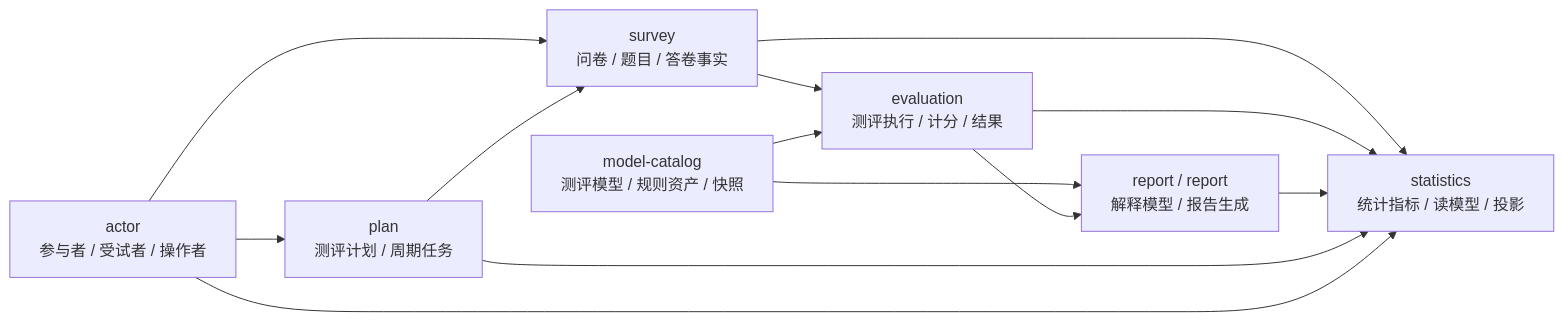
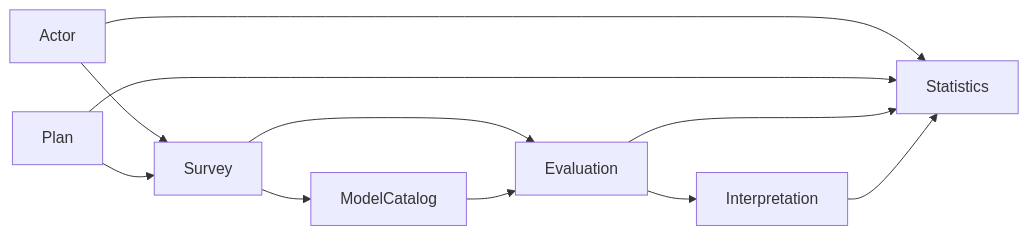
One commit to FangcunMount/qs-server changed the diagram in docs/02-业务模块/00-业务模块总览.md. Above: the diagram before and after it, drawn with Mermaid. The commit also changed other lines of this file and 192 other files, not shown here.

````diff
--- a/docs/02-业务模块/00-业务模块总览.md
+++ b/docs/02-业务模块/00-业务模块总览.md
@@ -25,23 +7,13 @@
 ```mermaid
 flowchart LR
-    Actor["actor\n参与者 / 受试者 / 操作者"]
-    Plan["plan\n测评计划 / 周期任务"]
-    Survey["survey\n问卷 / 题目 / 答卷事实"]
-    AssessmentModel["model-catalog\n测评模型 / 规则资产 / 快照"]
-    Evaluation["evaluation\n测评执行 / 计分 / 结果"]
-    InterpretationModel["report / report\n解释模型 / 报告生成"]
-    Statistics["statistics\n统计指标 / 读模型 / 投影"]
-
-    Actor --> Survey
-    Actor --> Plan
-    Plan --> Survey
-    Survey --> Evaluation
-    AssessmentModel --> Evaluation
-    AssessmentModel --> InterpretationModel
-    Evaluation --> InterpretationModel
-    Survey --> Statistics
-    Evaluation --> Statistics
-    InterpretationModel --> Statistics
-    Plan --> Statistics
-    Actor --> Statistics
+    Actor["Actor"] --> Survey["Survey"]
+    Plan["Plan"] --> Survey
+    Survey --> Model["ModelCatalog"]
+    Survey --> Eval["Evaluation"]
+    Model --> Eval
+    Eval --> Interp["Interpretation"]
+    Actor --> Stats["Statistics"]
+    Plan --> Stats
+    Eval --> Stats
+    Interp --> Stats
 ```
````
